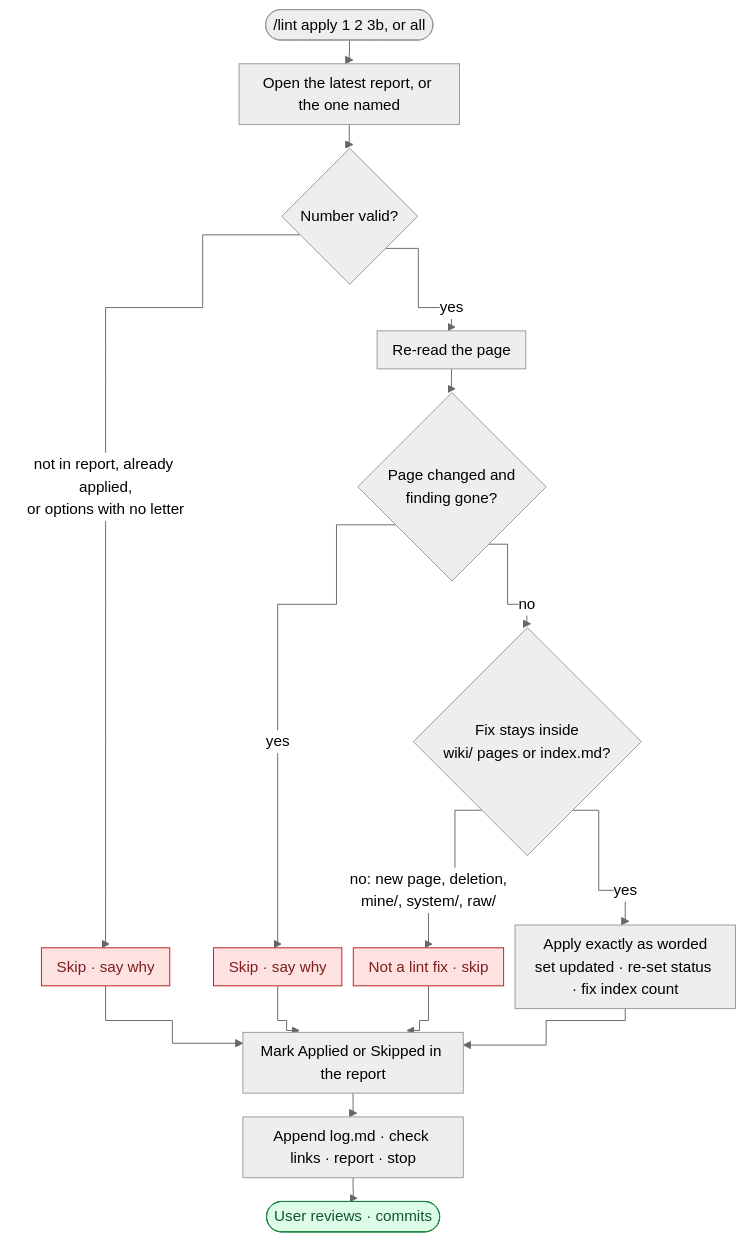
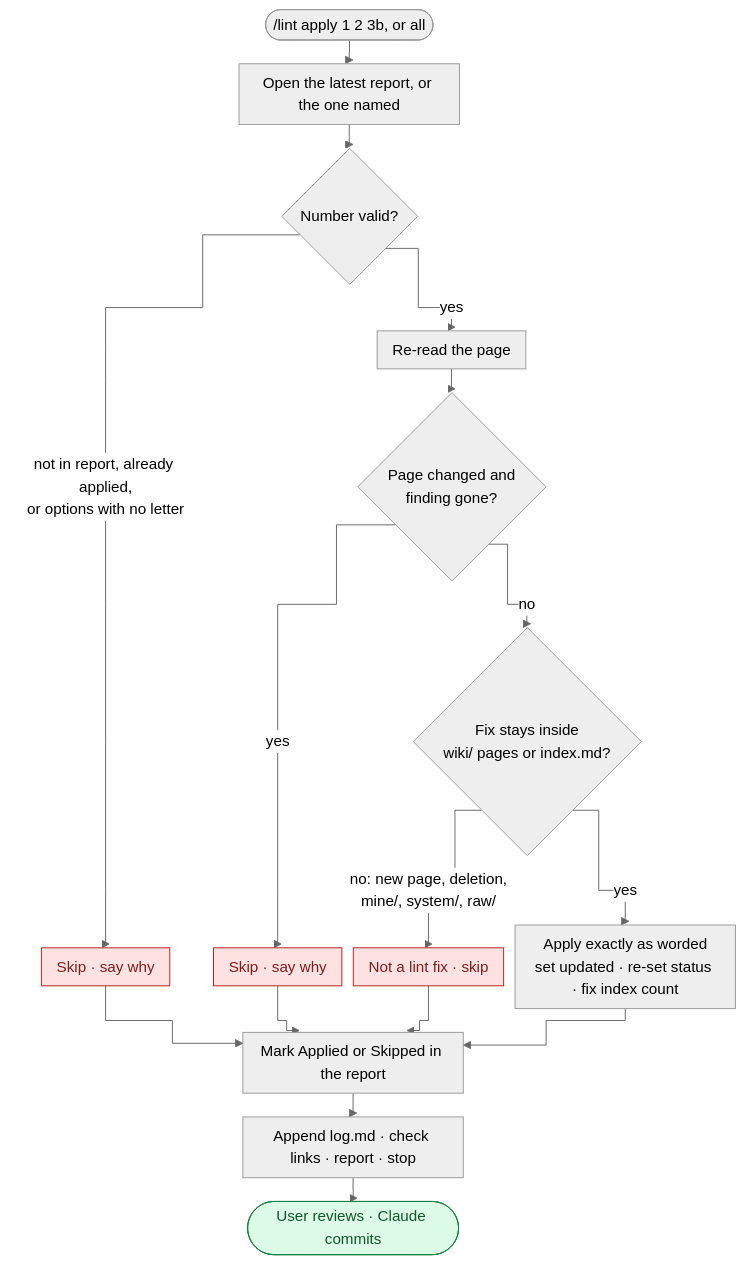
One commit to quocnguyen13/second-brain changed diagram 11 of 18 in mine/projects/thinking-system/20 Product Requirements.md. Above: the diagram before and after it, drawn with Mermaid (neutral theme). The commit also changed other lines of this file and 5 other files, not shown here.

````diff
--- a/mine/projects/thinking-system/20 Product Requirements.md
+++ b/mine/projects/thinking-system/20 Product Requirements.md
@@ -688,23 +803,23 @@
 ```mermaid
 %%{init: {"flowchart": {"curve": "step", "useMaxWidth": true, "nodeSpacing": 12, "rankSpacing": 25, "padding": 8, "subGraphTitleMargin": {"top": 4, "bottom": 8}}}}%%
 flowchart TD
     A(["/lint apply 1 2 3b, or all"]) --> B["Open the latest report, or the one named"]
     B --> C{"Number valid?"}
     C -->|"not in report, already applied,<br/>or options with no letter"| X1["Skip · say why"]
     C -->|"yes"| D["Re-read the page"]
     D --> E{"Page changed and<br/>finding gone?"}
     E -->|"yes"| X2["Skip · say why"]
     E -->|"no"| F{"Fix stays inside<br/>wiki/ pages or index.md?"}
     F -->|"no: new page, deletion,<br/>mine/, system/, raw/"| X3["Not a lint fix · skip"]
     F -->|"yes"| G["Apply exactly as worded<br/>set updated · re-set status · fix index count"]
     G --> H["Mark Applied or Skipped in the report"]
     X1 --> H
     X2 --> H
     X3 --> H
     H --> I["Append log.md · check links · report · stop"]
-    I --> J(["User reviews · commits"])
+    I --> J(["User reviews · Claude commits"])
     classDef user fill:#dcfce7,stroke:#15803d,color:#14532d
     classDef stop fill:#fee2e2,stroke:#b91c1c,color:#7f1d1d
     class J user
     class X1,X2,X3 stop
 ```
````
